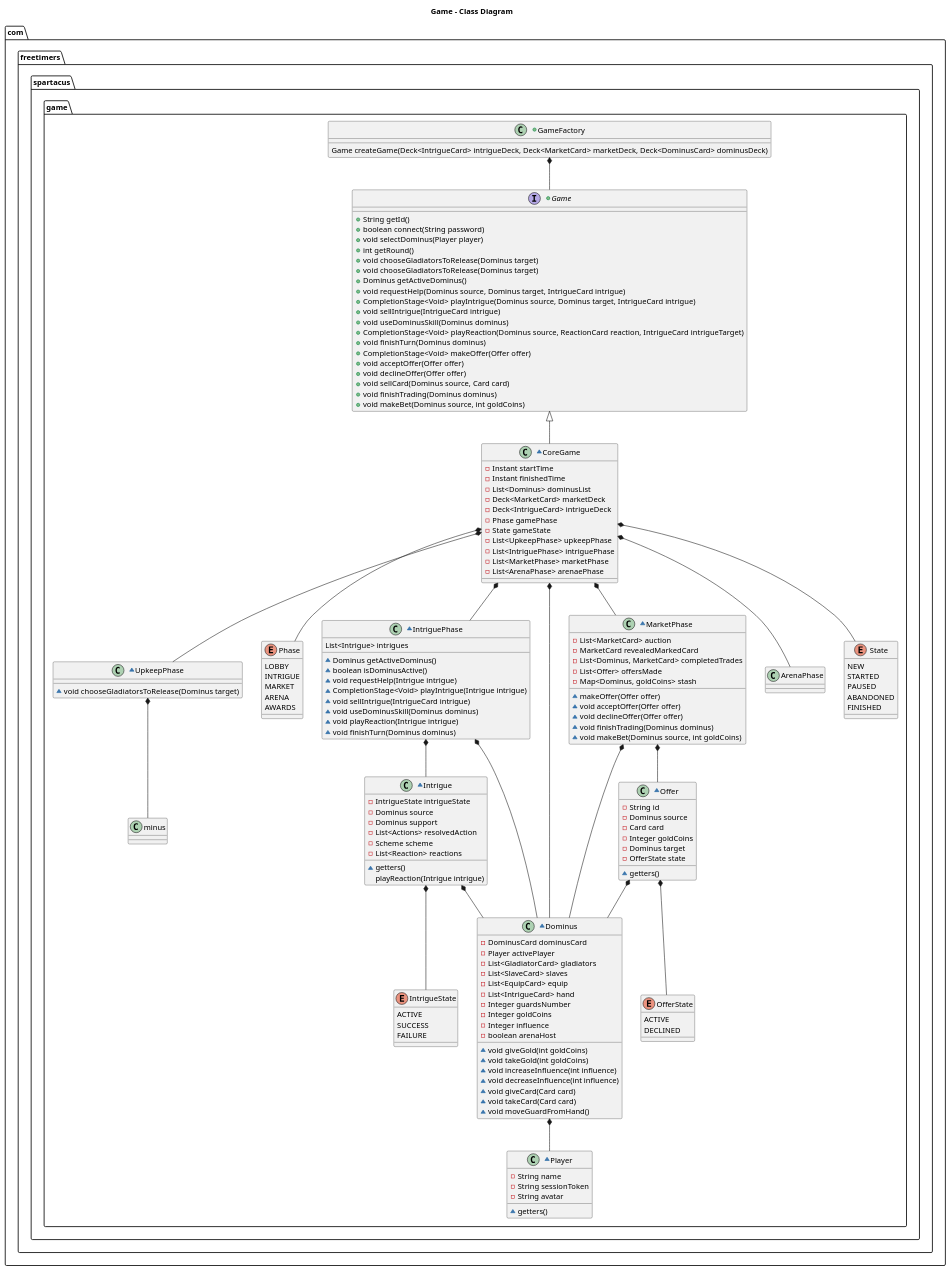
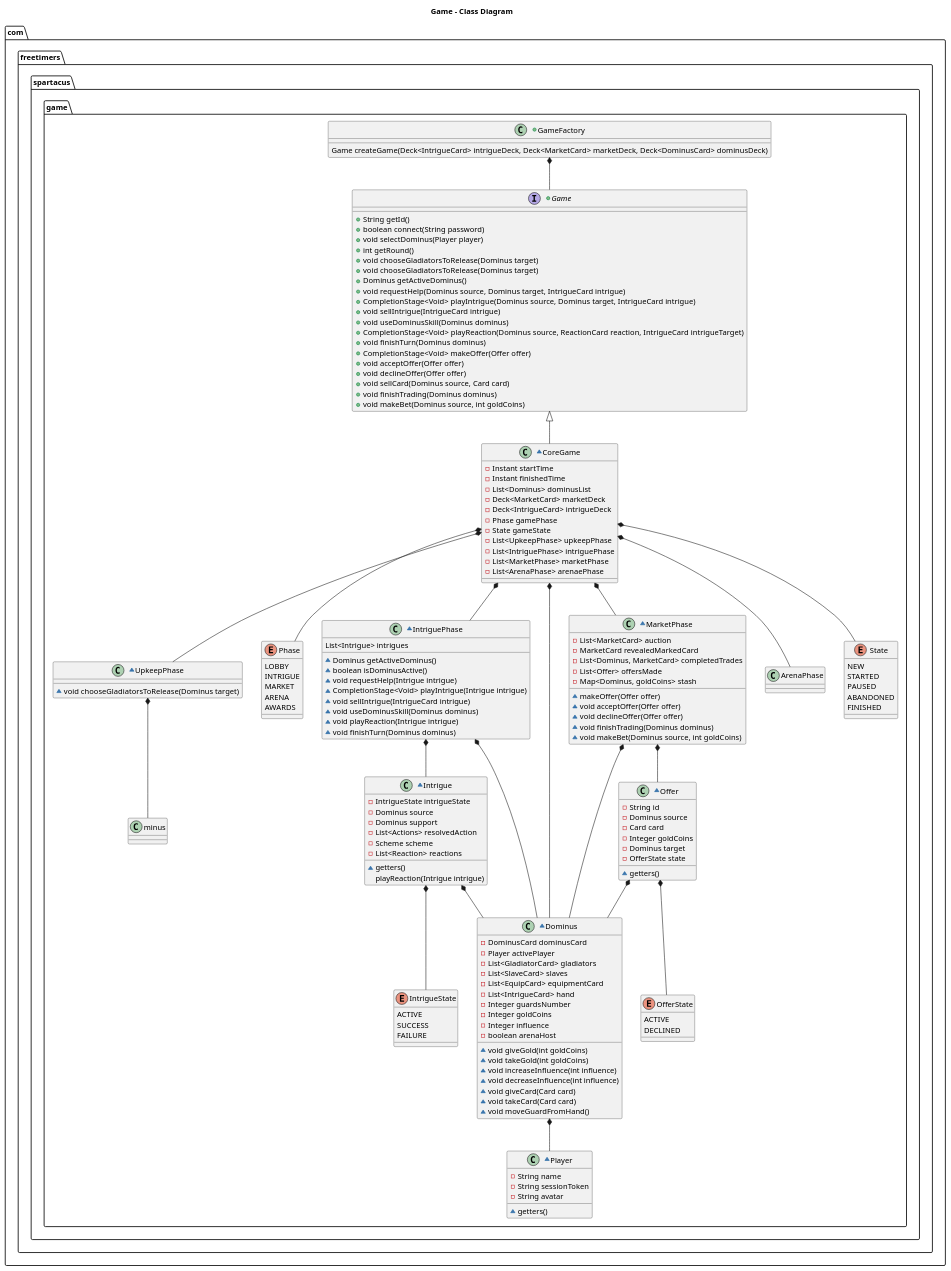
One commit to v-bodnar/Spartaaa changed the diagram in Docs/GameClassDiagram.puml. Above: the diagram before and after it, drawn with PlantUML. The commit also changed 17 other files, not shown here.

```diff
--- a/Docs/GameClassDiagram.puml
+++ b/Docs/GameClassDiagram.puml
@@ -1,178 +1,178 @@
 @startuml
 
 title Game - Class Diagram
 
 package "com.freetimers.spartacus.game"{
     +class GameFactory{
         Game createGame(Deck<IntrigueCard> intrigueDeck, Deck<MarketCard> marketDeck, Deck<DominusCard> dominusDeck)
     }
 
     GameFactory *-- Game
 
     +interface Game {
       +String getId()
       +boolean connect(String password)
       +void selectDominus(Player player)
       +int getRound()
     '  Upkeep
       +void chooseGladiatorsToRelease(Dominus target)
     '  Intrigue phase
       +void chooseGladiatorsToRelease(Dominus target)
       +Dominus getActiveDominus()
       +void requestHelp(Dominus source, Dominus target, IntrigueCard intrigue)
       +CompletionStage<Void> playIntrigue(Dominus source, Dominus target, IntrigueCard intrigue)
       +void sellIntrigue(IntrigueCard intrigue)
       +void useDominusSkill(Dominus dominus)
       +CompletionStage<Void> playReaction(Dominus source, ReactionCard reaction, IntrigueCard intrigueTarget)
       +void finishTurn(Dominus dominus)
     '  MarketPhase
       +CompletionStage<Void> makeOffer(Offer offer)
       +void acceptOffer(Offer offer)
       +void declineOffer(Offer offer)
       +void sellCard(Dominus source, Card card)
       +void finishTrading(Dominus dominus)
       +void makeBet(Dominus source, int goldCoins)
     }
 
     ~class CoreGame extends Game{
       -Instant startTime
       -Instant finishedTime
       -List<Dominus> dominusList
       -Deck<MarketCard> marketDeck
       -Deck<IntrigueCard> intrigueDeck
       -Phase gamePhase
       -State gameState
       -List<UpkeepPhase> upkeepPhase
       -List<IntriguePhase> intriguePhase
       -List<MarketPhase> marketPhase
       -List<ArenaPhase> arenaePhase
     }
 
     CoreGame *-- Dominus
     CoreGame *-- Phase
     CoreGame *-- UpkeepPhase
     CoreGame *-- IntriguePhase
     CoreGame *-- MarketPhase
     CoreGame *-- ArenaPhase
     CoreGame *-- State
 
     ~class Dominus{
      -DominusCard dominusCard
      -Player activePlayer
      -List<GladiatorCard> gladiators
      -List<SlaveCard> slaves
-     -List<EquipCard> equip
+     -List<EquipCard> equipmentCard
      -List<IntrigueCard> hand
      -Integer guardsNumber
      -Integer goldCoins
      -Integer influence
      -boolean arenaHost
      ~void giveGold(int goldCoins)
      ~void takeGold(int goldCoins)
      ~void increaseInfluence(int influence)
      ~void decreaseInfluence(int influence)
      ~void giveCard(Card card)
      ~void takeCard(Card card)
      ~void moveGuardFromHand()
     }
 
     Dominus*--Player
 
     ~class Player{
      -String name
      -String sessionToken
      -String avatar
      ~getters()
     }
 
     ~class UpkeepPhase{
       ~void chooseGladiatorsToRelease(Dominus target)
     }
 
     UpkeepPhase*--Dominus
 
     ~class IntriguePhase{
      List<Intrigue> intrigues
      ~Dominus getActiveDominus()
      ~boolean isDominusActive()
      ~void requestHelp(Intrigue intrigue)
      ~CompletionStage<Void> playIntrigue(Intrigue intrigue)
      ~void sellIntrigue(IntrigueCard intrigue)
      ~void useDominusSkill(Dominus dominus)
      ~void playReaction(Intrigue intrigue)
      ~void finishTurn(Dominus dominus)
     }
 
     IntriguePhase*-- Dominus
     IntriguePhase*-- Intrigue
 
     ~class Intrigue{
       -IntrigueState intrigueState
       -Dominus source
       -Dominus support
       -List<Actions> resolvedAction
       -Scheme scheme
       -List<Reaction> reactions
       ~getters()
       playReaction(Intrigue intrigue)
     }
 
     Intrigue *-- IntrigueState
     Intrigue *-- Dominus
 
     ~class MarketPhase{
         -List<MarketCard> auction
         -MarketCard revealedMarkedCard
         -List<Dominus, MarketCard> completedTrades
         -List<Offer> offersMade
         -Map<Dominus, goldCoins> stash
         ~makeOffer(Offer offer)
         ~void acceptOffer(Offer offer)
         ~void declineOffer(Offer offer)
         ~void finishTrading(Dominus dominus)
         ~void makeBet(Dominus source, int goldCoins)
     }
 
     MarketPhase *-- Dominus
     MarketPhase *-- Offer
 
     ~class Offer{
         -String id
         -Dominus source
         -Card card
         -Integer goldCoins
         -Dominus target
         -OfferState state
         ~getters()
     }
 
     Offer *-- OfferState
     Offer *-- Dominus
 
     enum IntrigueState{
         ACTIVE
         SUCCESS
         FAILURE
     }
     enum OfferState{
         ACTIVE
         DECLINED
     }
 
     enum State{
         NEW
         STARTED
         PAUSED
         ABANDONED
         FINISHED
     }
 
     enum Phase{
         LOBBY
         INTRIGUE
         MARKET
         ARENA
         AWARDS
     }
 }
 @enduml
```
